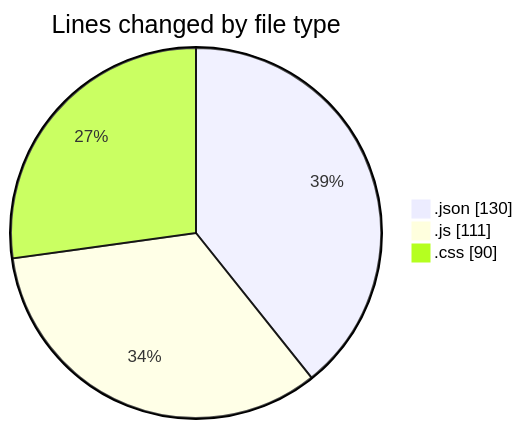
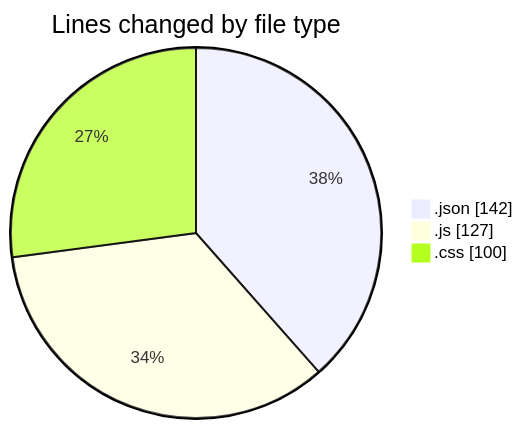
Before and after one commit to donsfak/code-tracking: the first of 2 diagrams in 2025-03-13/ai_agent/README.md, drawn with Mermaid. The commit also changed other lines of this file and 1 other file, not shown here.

````diff
--- a/2025-03-13/ai_agent/README.md
+++ b/2025-03-13/ai_agent/README.md
@@ -23,7 +23,7 @@
 ```mermaid
 pie showData
 title Lines changed by file type
-".json" : 130
-".js" : 111
-".css" : 90
+".json" : 142
+".js" : 127
+".css" : 100
 ```
````
